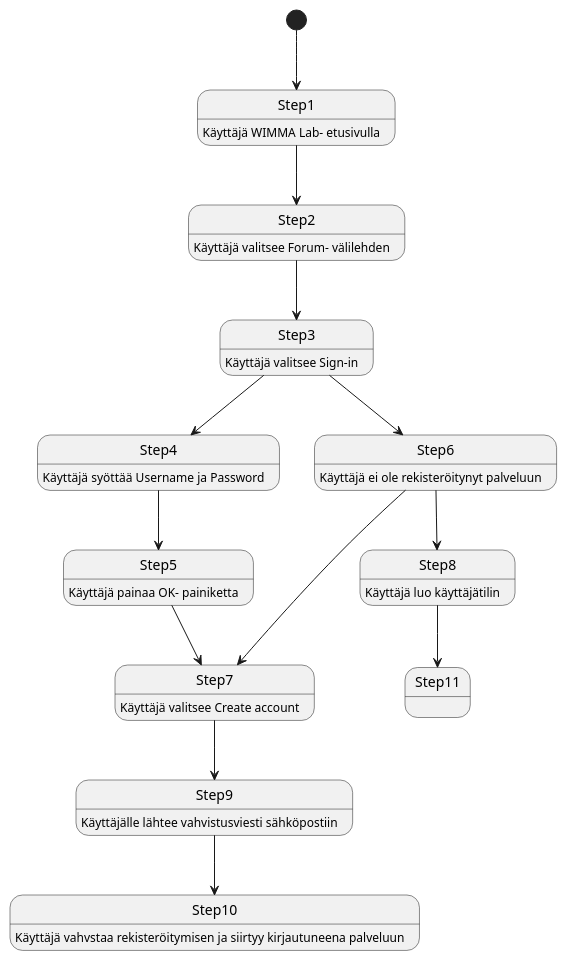
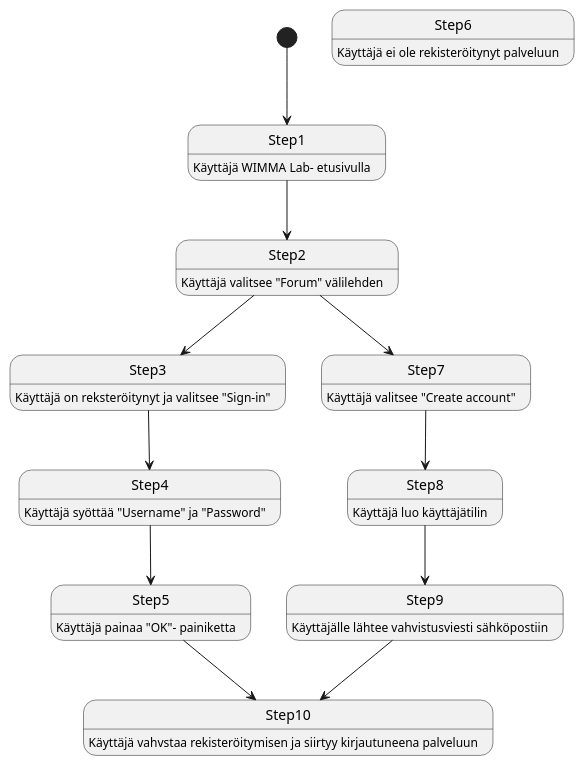
One commit to ninaleo/S2021-AB5160-core changed the third of 7 diagrams in dokumentit/20-Vaatimustenhallinta/vaatimusmaaritely-tiivis.md. Above: the diagram before and after it, drawn with PlantUML.

````diff
--- a/dokumentit/20-Vaatimustenhallinta/vaatimusmaaritely-tiivis.md
+++ b/dokumentit/20-Vaatimustenhallinta/vaatimusmaaritely-tiivis.md
@@ -117,26 +117,24 @@
 ```plantuml
 Step1: Käyttäjä WIMMA Lab- etusivulla 
-Step2: Käyttäjä valitsee Forum- välilehden  
-Step3: Käyttäjä valitsee Sign-in 
-Step4: Käyttäjä syöttää Username ja Password
-Step5: Käyttäjä painaa OK- painiketta
+Step2: Käyttäjä valitsee "Forum" välilehden  
+Step3: Käyttäjä on reksteröitynyt ja valitsee "Sign-in" 
+Step4: Käyttäjä syöttää "Username" ja "Password"
+Step5: Käyttäjä painaa "OK"- painiketta
 Step6: Käyttäjä ei ole rekisteröitynyt palveluun
-Step7: Käyttäjä valitsee Create account
+Step7: Käyttäjä valitsee "Create account"
 Step8: Käyttäjä luo käyttäjätilin
 Step9: Käyttäjälle lähtee vahvistusviesti sähköpostiin
 Step10: Käyttäjä vahvstaa rekisteröitymisen ja siirtyy kirjautuneena palveluun
 
 
 [*] --> Step1
 Step1 --> Step2
 Step2 --> Step3
-Step3 --> Step6
+Step2 --> Step7
 Step3 --> Step4
+Step7 --> Step8
 Step4 --> Step5
-Step5 --> Step7
-Step6 --> Step7
-Step6 --> Step8 
-Step8 --> Step11
-Step7 --> Step9
+Step8 --> Step9
+Step5 --> Step10 
 Step9 --> Step10
 ```
````
